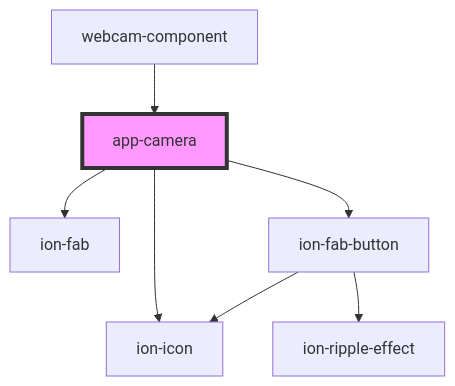
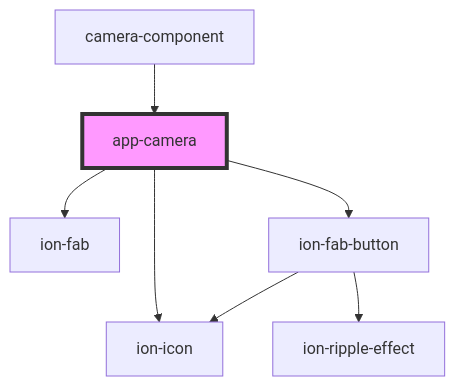
Before and after one commit to appfeel/camera-component: the diagram in src/components/camera-controller/readme.md, drawn with Mermaid. The commit also changed other lines of this file and 10 other files, not shown here.

````diff
--- a/src/components/camera-controller/readme.md
+++ b/src/components/camera-controller/readme.md
@@ -62,10 +62,10 @@
 ```mermaid
 graph TD;
   app-camera --> ion-fab
   app-camera --> ion-fab-button
   app-camera --> ion-icon
   ion-fab-button --> ion-icon
   ion-fab-button --> ion-ripple-effect
-  webcam-component --> app-camera
+  camera-component --> app-camera
   style app-camera fill:#f9f,stroke:#333,stroke-width:4px
 ```
````
